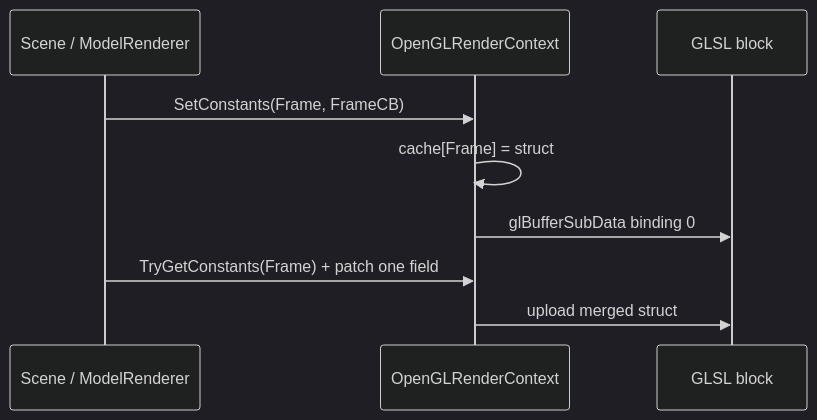
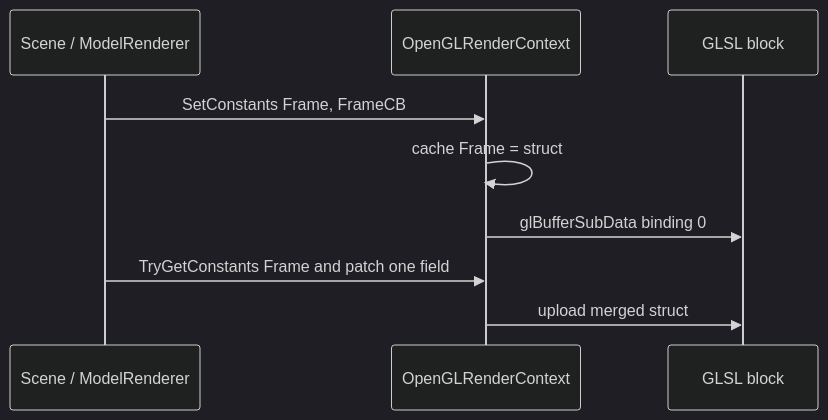
The second of 4 diagrams in docs/RENDERING.md (ireakhavok/Castle), drawn with Mermaid before and after one commit. The commit also changed other lines of this file and 6 other files, not shown here.

````diff
--- a/docs/RENDERING.md
+++ b/docs/RENDERING.md
@@ -54,12 +50,12 @@
 ```mermaid
 %%{init: {'theme':'dark'}}%%
 sequenceDiagram
   participant S as Scene / ModelRenderer
   participant C as OpenGLRenderContext
   participant G as GLSL block
-  S->>C: SetConstants(Frame, FrameCB)
-  C->>C: cache[Frame] = struct
+  S->>C: SetConstants Frame, FrameCB
+  C->>C: cache Frame = struct
   C->>G: glBufferSubData binding 0
-  S->>C: TryGetConstants(Frame) + patch one field
+  S->>C: TryGetConstants Frame and patch one field
   C->>G: upload merged struct
 ```
````
